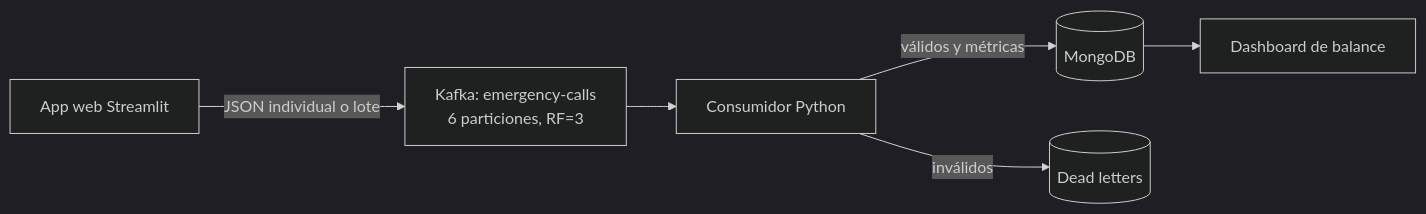
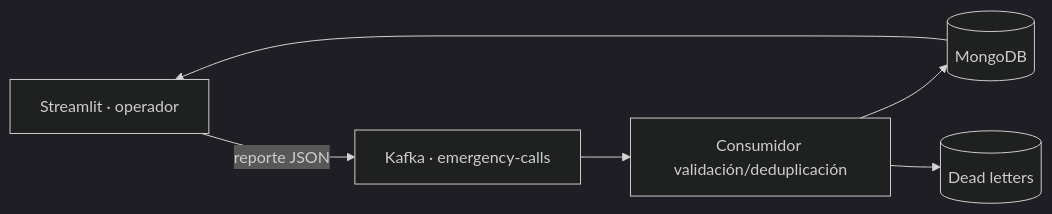
Before and after one commit to blastseeker31/Kafka_911_BigData_AM: the diagram in README.md, drawn with Mermaid (dark theme). The commit also changed other lines of this file and 7 other files, not shown here.

````diff
--- a/README.md
+++ b/README.md
@@ -21,8 +20,8 @@
 ```mermaid
 flowchart LR
-    A["App web Streamlit"] -->|"JSON individual o lote"| K["Kafka: emergency-calls<br/>6 particiones, RF=3"]
-    K --> C["Consumidor Python"]
-    C -->|"válidos y métricas"| M[("MongoDB")]
-    C -->|"inválidos"| D[("Dead letters")]
-    M --> V["Dashboard de balance"]
+  UI[Streamlit · operador] -->|reporte JSON| K[Kafka · emergency-calls]
+  K --> C[Consumidor validación/deduplicación]
+  C --> M[(MongoDB)]
+  C --> D[(Dead letters)]
+  M --> UI
 ```
````
